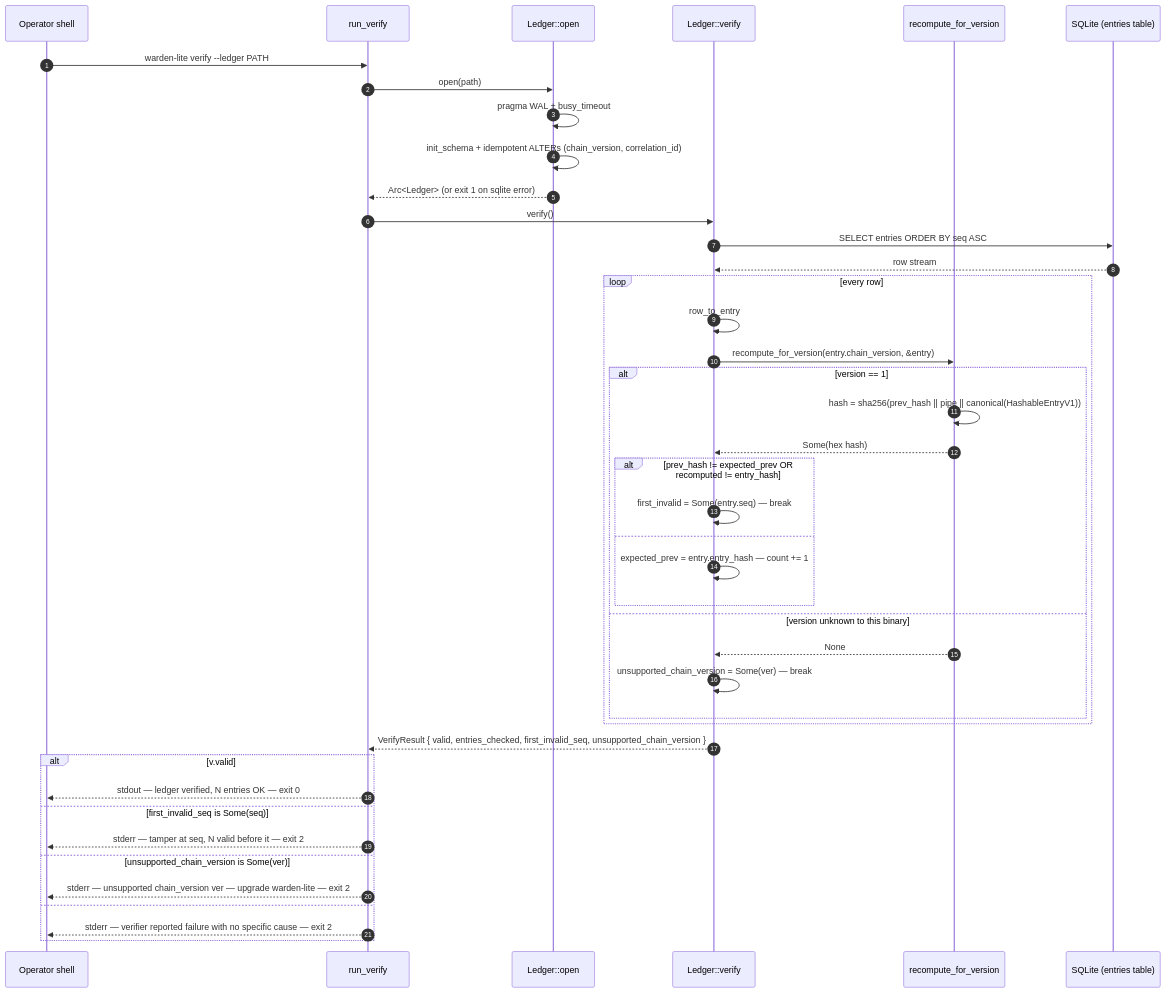
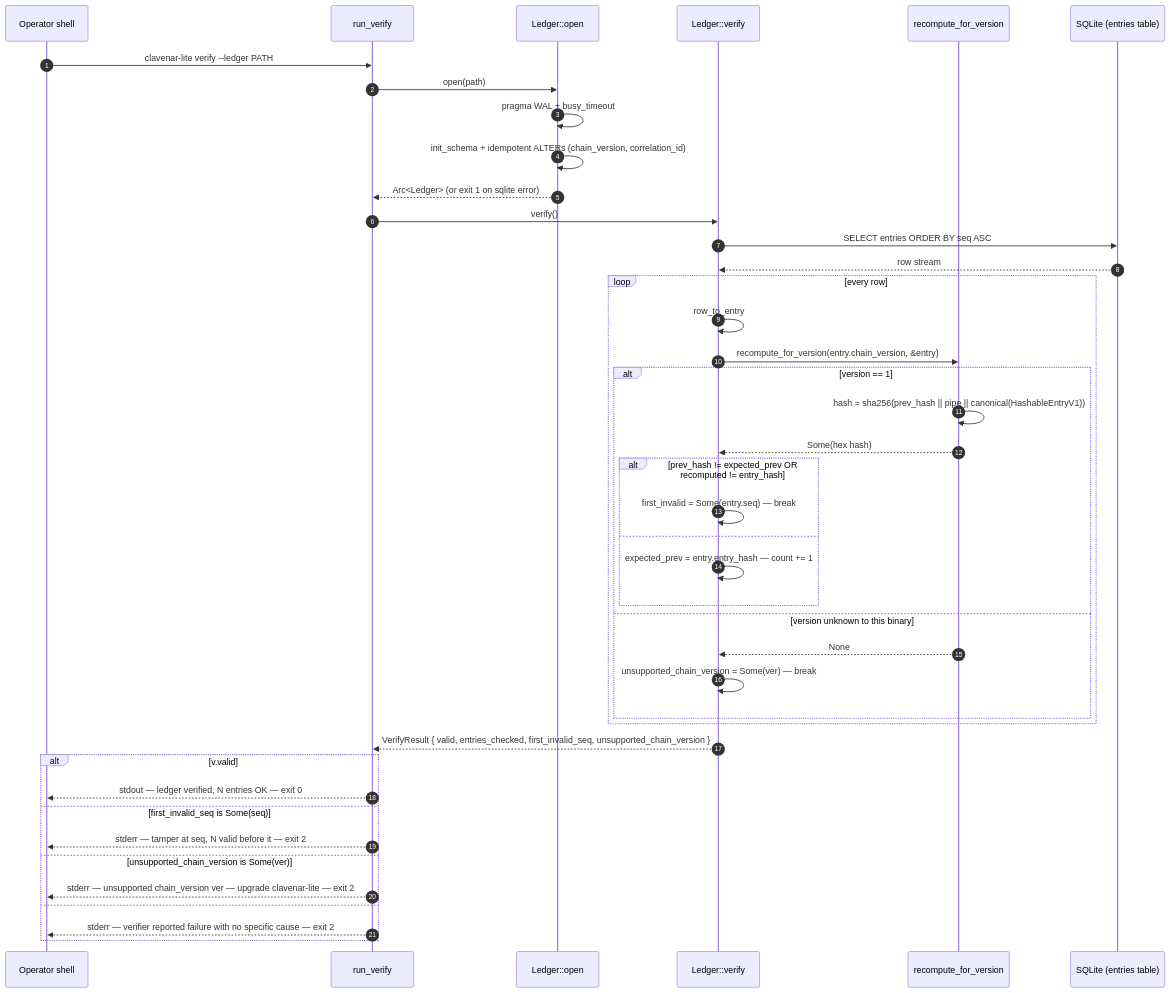
One commit to clavenar/clavenar-lite changed the fifth of 6 diagrams in docs/SEQUENCES.md. Above: the diagram before and after it, drawn with Mermaid. The commit also changed other lines of this file and 24 other files, not shown here.

First line of the commit message:
Rename product Agent Warden → Clavenar

````diff
--- a/docs/SEQUENCES.md
+++ b/docs/SEQUENCES.md
@@ -273,45 +273,45 @@
 ```mermaid
 sequenceDiagram
     autonumber
     participant Op as Operator shell
     participant Main as run_verify
     participant LedgerOpen as Ledger::open
     participant Verify as Ledger::verify
     participant Rec as recompute_for_version
     participant DB as SQLite (entries table)
 
-    Op->>Main: warden-lite verify --ledger PATH
+    Op->>Main: clavenar-lite verify --ledger PATH
     Main->>LedgerOpen: open(path)
     LedgerOpen->>LedgerOpen: pragma WAL + busy_timeout
     LedgerOpen->>LedgerOpen: init_schema + idempotent ALTERs (chain_version, correlation_id)
     LedgerOpen-->>Main: Arc<Ledger> (or exit 1 on sqlite error)
     Main->>Verify: verify()
     Verify->>DB: SELECT entries ORDER BY seq ASC
     DB-->>Verify: row stream
     loop every row
         Verify->>Verify: row_to_entry
         Verify->>Rec: recompute_for_version(entry.chain_version, &entry)
         alt version == 1
             Rec->>Rec: hash = sha256(prev_hash || pipe || canonical(HashableEntryV1))
             Rec-->>Verify: Some(hex hash)
             alt prev_hash != expected_prev OR recomputed != entry_hash
                 Verify->>Verify: first_invalid = Some(entry.seq) — break
             else
                 Verify->>Verify: expected_prev = entry.entry_hash — count += 1
             end
         else version unknown to this binary
             Rec-->>Verify: None
             Verify->>Verify: unsupported_chain_version = Some(ver) — break
         end
     end
     Verify-->>Main: VerifyResult { valid, entries_checked, first_invalid_seq, unsupported_chain_version }
     alt v.valid
         Main-->>Op: stdout — ledger verified, N entries OK — exit 0
     else first_invalid_seq is Some(seq)
         Main-->>Op: stderr — tamper at seq, N valid before it — exit 2
     else unsupported_chain_version is Some(ver)
-        Main-->>Op: stderr — unsupported chain_version ver — upgrade warden-lite — exit 2
+        Main-->>Op: stderr — unsupported chain_version ver — upgrade clavenar-lite — exit 2
     else
         Main-->>Op: stderr — verifier reported failure with no specific cause — exit 2
     end
 ```
````
